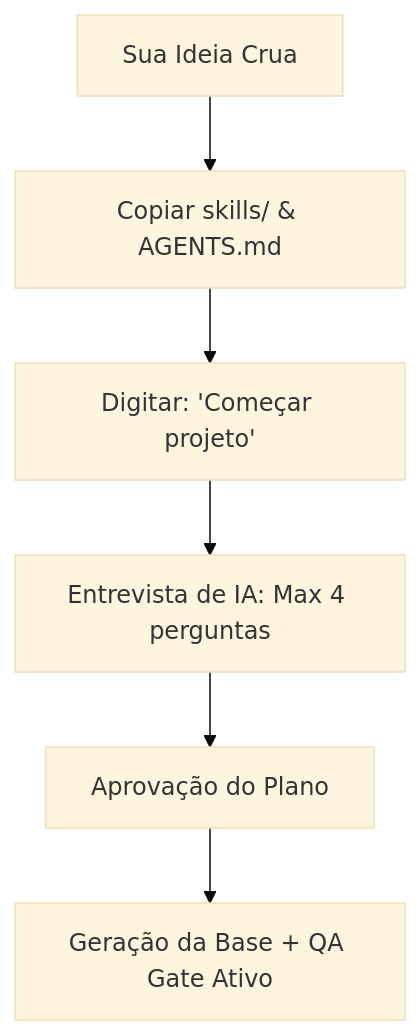
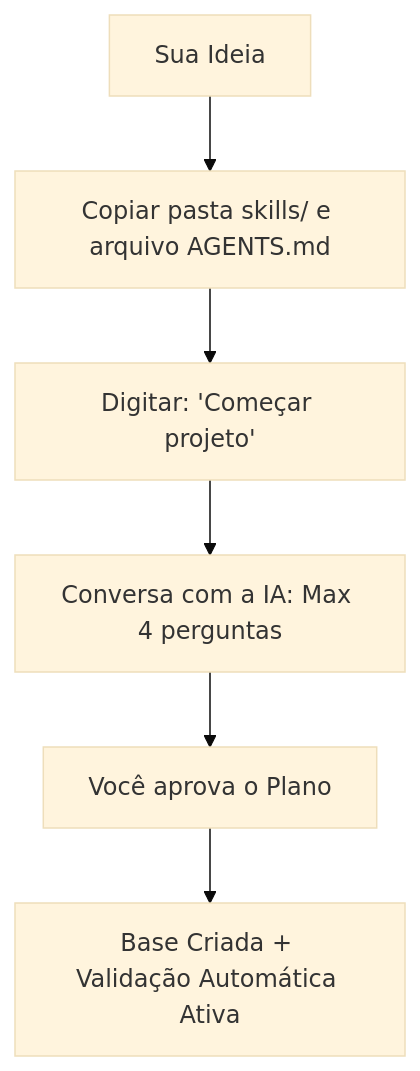
The diagram in README.md (WessCrow/starter), drawn with Mermaid (base theme) before and after one commit. The commit also changed other lines of this file and 1 other file, not shown here.

````diff
--- a/README.md
+++ b/README.md
@@ -27,8 +27,8 @@
 ```mermaid
 graph TD
-    A[Sua Ideia Crua] --> B[Copiar skills/ & AGENTS.md]
+    A[Sua Ideia] --> B[Copiar pasta skills/ e arquivo AGENTS.md]
     B --> C[Digitar: 'Começar projeto']
-    C --> D[Entrevista de IA: Max 4 perguntas]
-    D --> E[Aprovação do Plano]
-    E --> F[Geração da Base + QA Gate Ativo]
+    C --> D[Conversa com a IA: Max 4 perguntas]
+    D --> E[Você aprova o Plano]
+    E --> F[Base Criada + Validação Automática Ativa]
 ```
````
